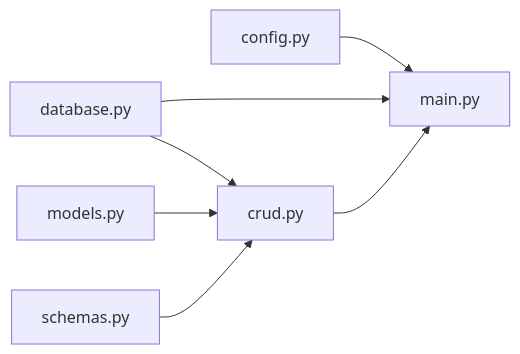
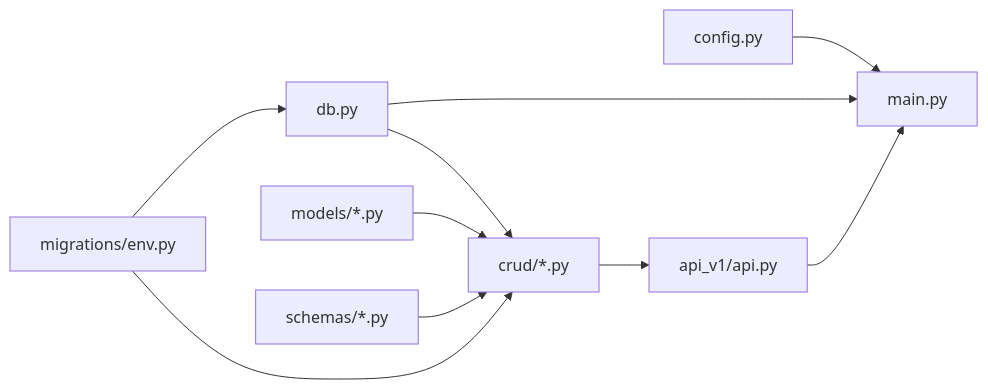
Before and after one commit to ss8806/Todos: the third of 3 diagrams in .qoder/repowiki/ja/content/バックエンド開発.md, drawn with Mermaid. The commit also changed other lines of this file and 11 other files, not shown here.

````diff
--- a/.qoder/repowiki/ja/content/バックエンド開発.md
+++ b/.qoder/repowiki/ja/content/バックエンド開発.md
@@ -307,9 +415,12 @@
 ```mermaid
 graph LR
 CONFIG["config.py"] --> MAIN["main.py"]
-DB["database.py"] --> MAIN
-DB --> CRUD["crud.py"]
-MODELS["models.py"] --> CRUD
-SCHEMAS["schemas.py"] --> CRUD
-CRUD --> MAIN
+DB["db.py"] --> MAIN
+DB --> CRUD["crud/*.py"]
+MODELS["models/*.py"] --> CRUD
+SCHEMAS["schemas/*.py"] --> CRUD
+CRUD --> API["api_v1/api.py"]
+API --> MAIN
+MIGRATIONS["migrations/env.py"] --> DB
+MIGRATIONS --> CRUD
 ```
````
